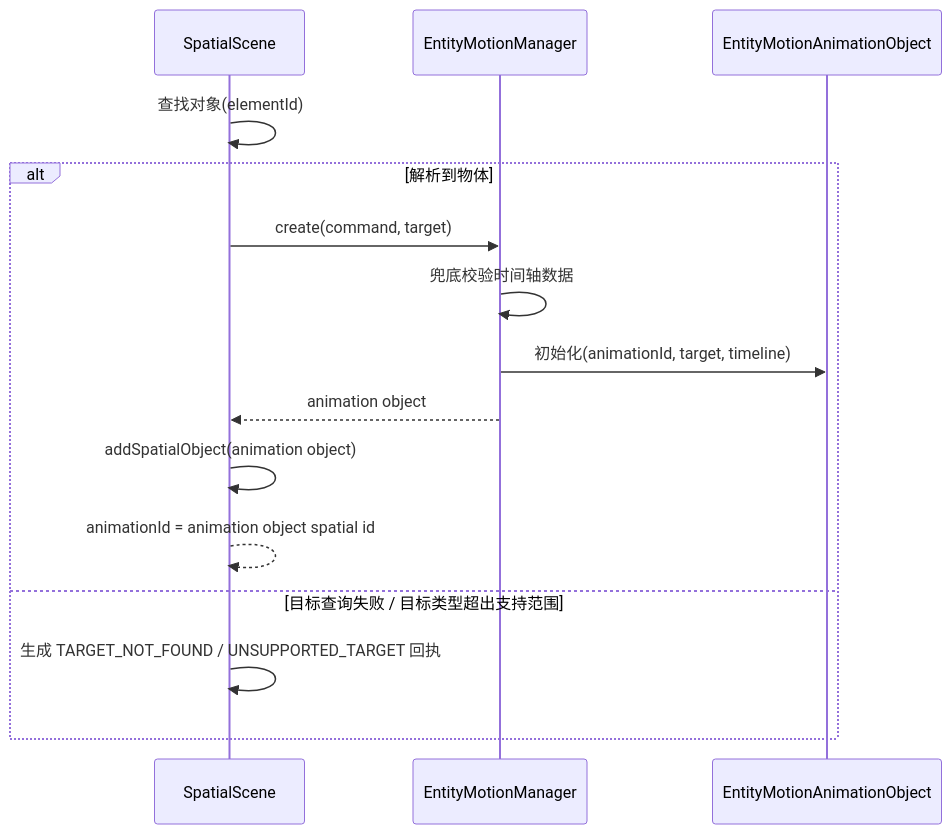
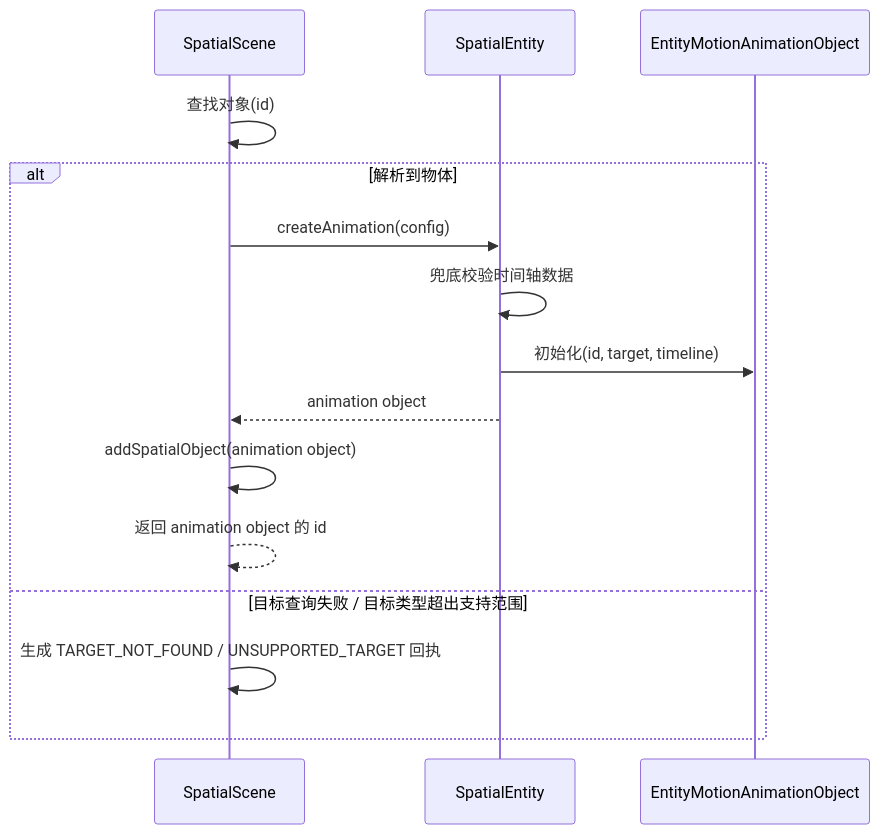
The tenth of 14 diagrams in openspec/changes/redesign-entity-motion-api/design.zh.md (webspatial/webspatial-sdk), drawn with Mermaid before and after one commit. The commit also changed other lines of this file and 7 other files, not shown here.

````diff
--- a/openspec/changes/redesign-entity-motion-api/design.zh.md
+++ b/openspec/changes/redesign-entity-motion-api/design.zh.md
@@ -1065,18 +1141,18 @@
 ```mermaid
 sequenceDiagram
     participant Scene as SpatialScene
-    participant Manager as EntityMotionManager
+    participant Entity as SpatialEntity
     participant Obj as EntityMotionAnimationObject
 
-    Scene->>Scene: 查找对象(elementId)
+    Scene->>Scene: 查找对象(id)
     alt 解析到物体
-        Scene->>Manager: create(command, target)
-        Manager->>Manager: 兜底校验时间轴数据
-        Manager->>Obj: 初始化(animationId, target, timeline)
-        Manager-->>Scene: animation object
+        Scene->>Entity: createAnimation(config)
+        Entity->>Entity: 兜底校验时间轴数据
+        Entity->>Obj: 初始化(id, target, timeline)
+        Entity-->>Scene: animation object
         Scene->>Scene: addSpatialObject(animation object)
-        Scene-->>Scene: animationId = animation object spatial id
+        Scene-->>Scene: 返回 animation object 的 id
     else 目标查询失败 / 目标类型超出支持范围
         Scene->>Scene: 生成 TARGET_NOT_FOUND / UNSUPPORTED_TARGET 回执
     end
 ```
````
